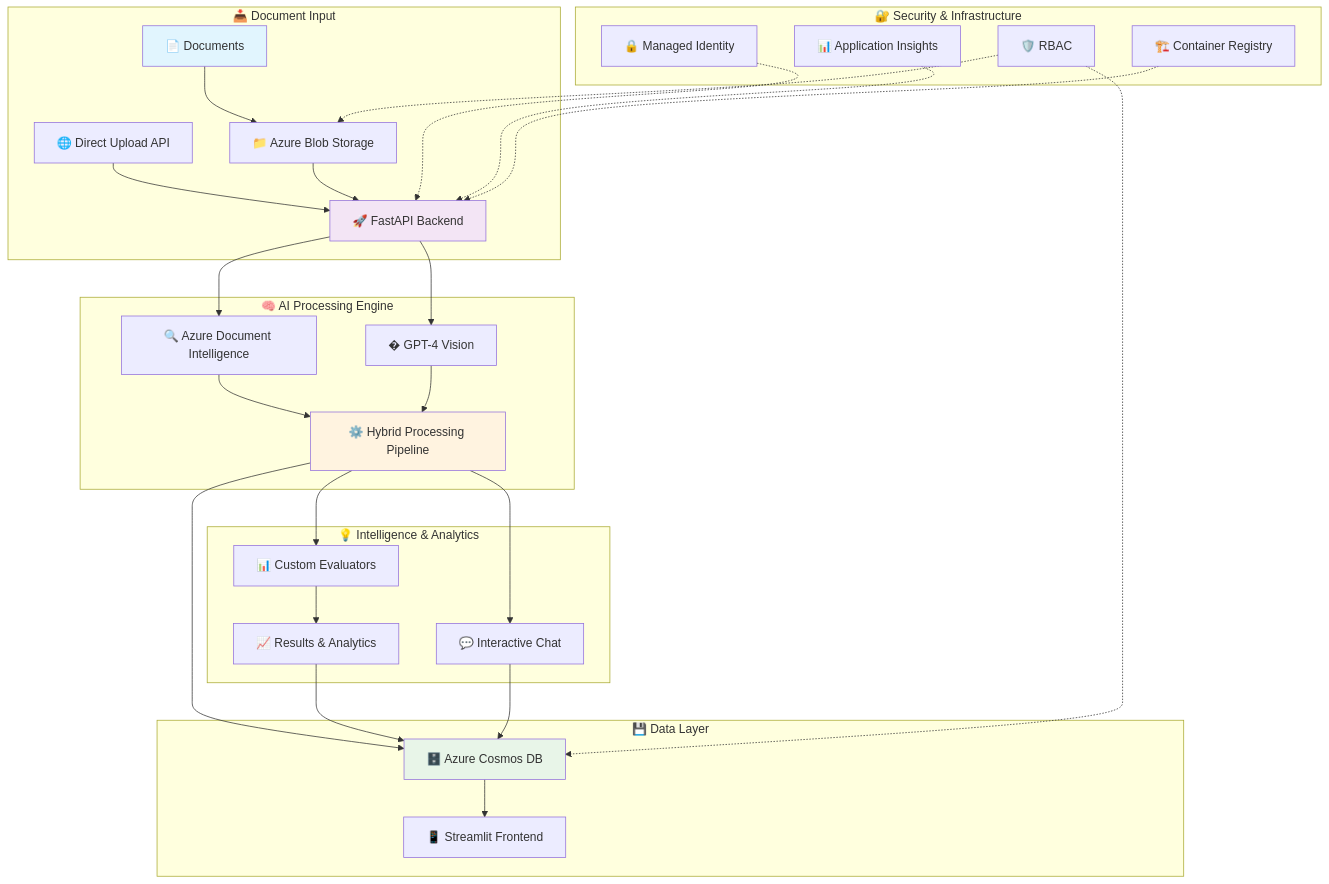
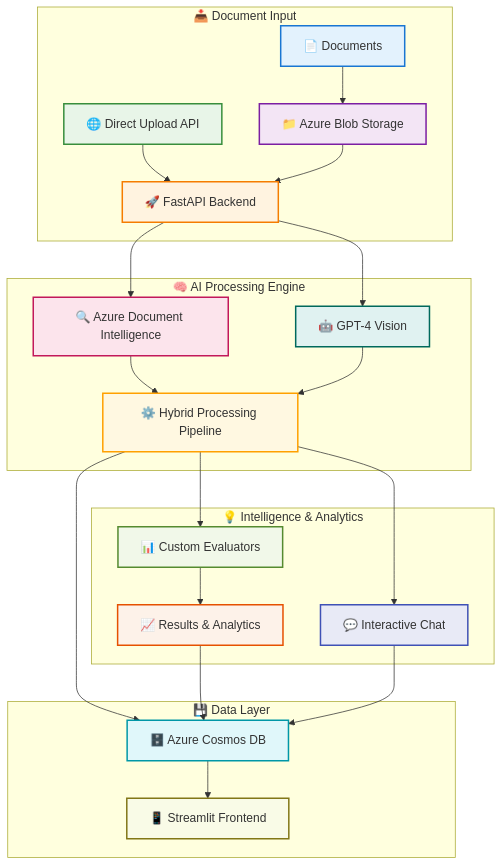
The diagram in README.md (Azure-Samples/ARGUS), drawn with Mermaid before and after one commit. The commit also changed other lines of this file, not shown here.

````diff
--- a/README.md
+++ b/README.md
@@ -75,41 +75,41 @@
 ```mermaid
 graph TB
     subgraph "📥 Document Input"
         A[📄 Documents] --> B[📁 Azure Blob Storage]
         C[🌐 Direct Upload API] --> D[🚀 FastAPI Backend]
     end
     
     subgraph "🧠 AI Processing Engine"
         B --> D
         D --> E[🔍 Azure Document Intelligence]
-        D --> F[� GPT-4 Vision]
+        D --> F[🤖 GPT-4 Vision]
         E --> G[⚙️ Hybrid Processing Pipeline]
         F --> G
     end
     
     subgraph "💡 Intelligence & Analytics"
         G --> H[📊 Custom Evaluators]
         G --> I[💬 Interactive Chat]
         H --> J[📈 Results & Analytics]
     end
     
     subgraph "💾 Data Layer"
         G --> K[🗄️ Azure Cosmos DB]
         J --> K
         I --> K
         K --> L[📱 Streamlit Frontend]
     end
     
-    subgraph "🔐 Security & Infrastructure"
-        M[🔒 Managed Identity] -.-> D
-        N[📊 Application Insights] -.-> D
-        O[🛡️ RBAC] -.-> B
-        O -.-> K
-        P[🏗️ Container Registry] -.-> D
-    end
-    
-    style A fill:#e1f5fe
-    style D fill:#f3e5f5
-    style G fill:#fff3e0
-    style K fill:#e8f5e8
+    style A fill:#e3f2fd,stroke:#1976d2,stroke-width:2px
+    style B fill:#f3e5f5,stroke:#7b1fa2,stroke-width:2px
+    style C fill:#e8f5e8,stroke:#388e3c,stroke-width:2px
+    style D fill:#fff3e0,stroke:#f57c00,stroke-width:2px
+    style E fill:#fce4ec,stroke:#c2185b,stroke-width:2px
+    style F fill:#e0f2f1,stroke:#00695c,stroke-width:2px
+    style G fill:#fff8e1,stroke:#ffa000,stroke-width:2px
+    style H fill:#f1f8e9,stroke:#558b2f,stroke-width:2px
+    style I fill:#e8eaf6,stroke:#3f51b5,stroke-width:2px
+    style J fill:#fdf2e9,stroke:#e65100,stroke-width:2px
+    style K fill:#e0f7fa,stroke:#0097a7,stroke-width:2px
+    style L fill:#f9fbe7,stroke:#827717,stroke-width:2px
 ```
````
